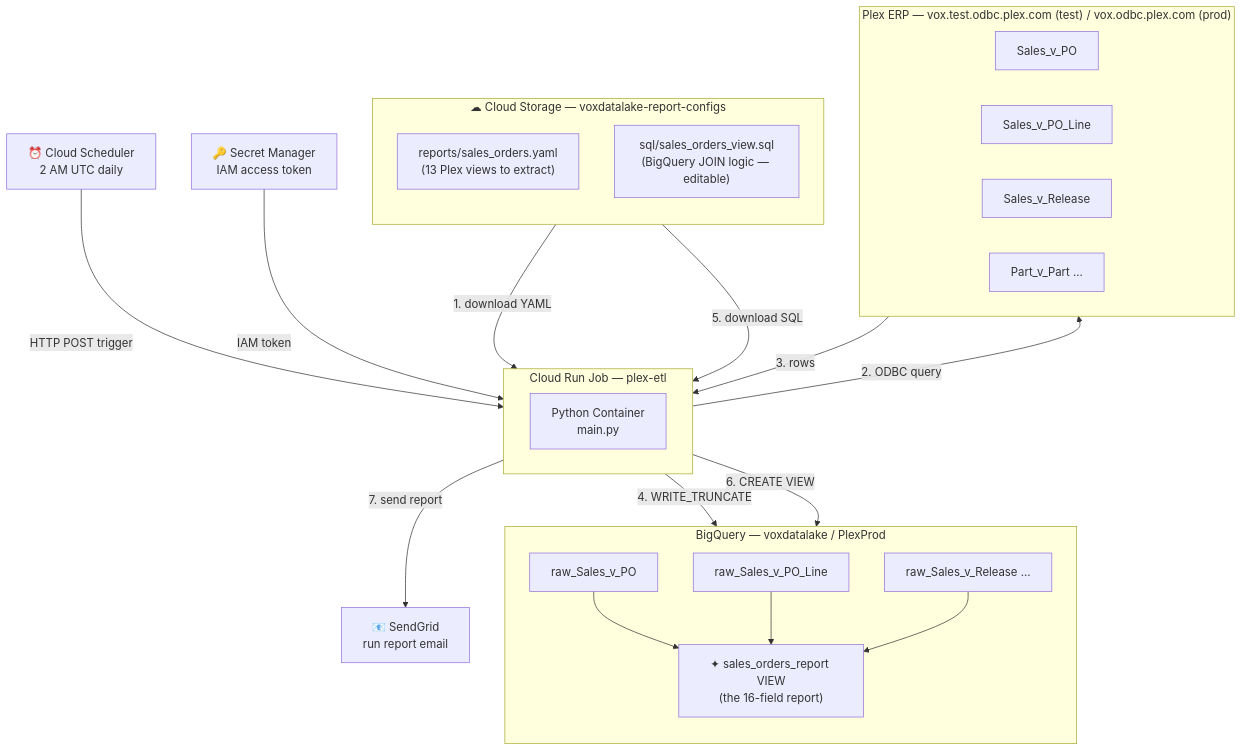
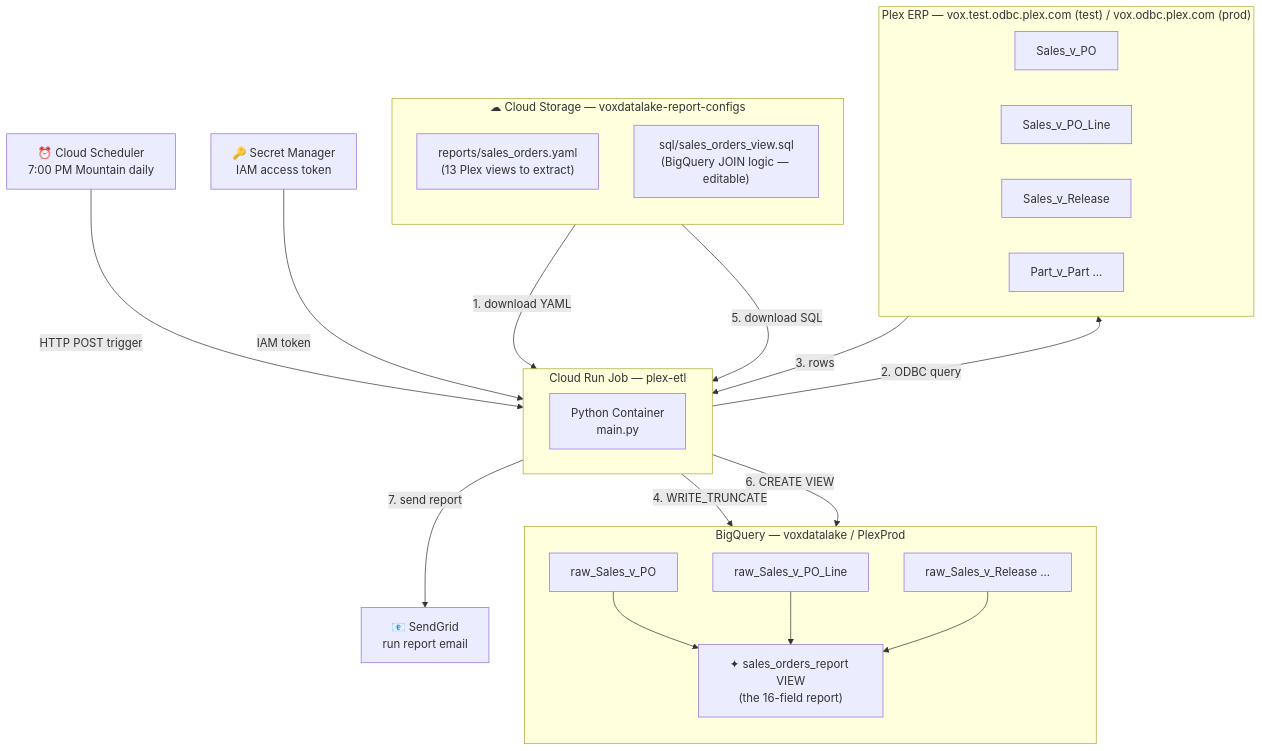
Before and after one commit to Parasol-Group-Inc/plex-to-big-query: the first of 3 diagrams in docs/CHEATSHEET.md, drawn with Mermaid. The commit also changed other lines of this file and 24 other files, not shown here.

````diff
--- a/docs/CHEATSHEET.md
+++ b/docs/CHEATSHEET.md
@@ -23,45 +23,45 @@
 ```mermaid
 graph TB
     subgraph GCS["☁ Cloud Storage — voxdatalake-report-configs"]
         direction TB
         YAML["reports/sales_orders.yaml\n(13 Plex views to extract)"]
         SQL["sql/sales_orders_view.sql\n(BigQuery JOIN logic — editable)"]
     end
 
     subgraph CR["Cloud Run Job — plex-etl"]
         CONTAINER["Python Container\nmain.py"]
     end
 
     subgraph PLEX["Plex ERP — vox.test.odbc.plex.com (test) / vox.odbc.plex.com (prod)"]
         direction LR
         V1["Sales_v_PO"]
         V2["Sales_v_PO_Line"]
         V3["Sales_v_Release"]
         V4["Part_v_Part ..."]
     end
 
     subgraph BQ["BigQuery — voxdatalake / PlexProd"]
         direction TB
         T1["raw_Sales_v_PO"]
         T2["raw_Sales_v_PO_Line"]
         T3["raw_Sales_v_Release ..."]
         VIEW["✦ sales_orders_report VIEW\n(the 16-field report)"]
         T1 --> VIEW
         T2 --> VIEW
         T3 --> VIEW
     end
 
     SM["🔑 Secret Manager\nIAM access token"]
-    SCHED["⏰ Cloud Scheduler\n2 AM UTC daily"]
+    SCHED["⏰ Cloud Scheduler\n7:00 PM Mountain daily"]
     EMAIL["📧 SendGrid\nrun report email"]
 
     SCHED -->|"HTTP POST trigger"| CR
     SM -->|"IAM token"| CR
     GCS -->|"1. download YAML"| CR
     CR -->|"2. ODBC query"| PLEX
     PLEX -->|"3. rows"| CR
     CR -->|"4. WRITE_TRUNCATE"| BQ
     GCS -->|"5. download SQL"| CR
     CR -->|"6. CREATE VIEW"| VIEW
     CR -->|"7. send report"| EMAIL
 ```
````
